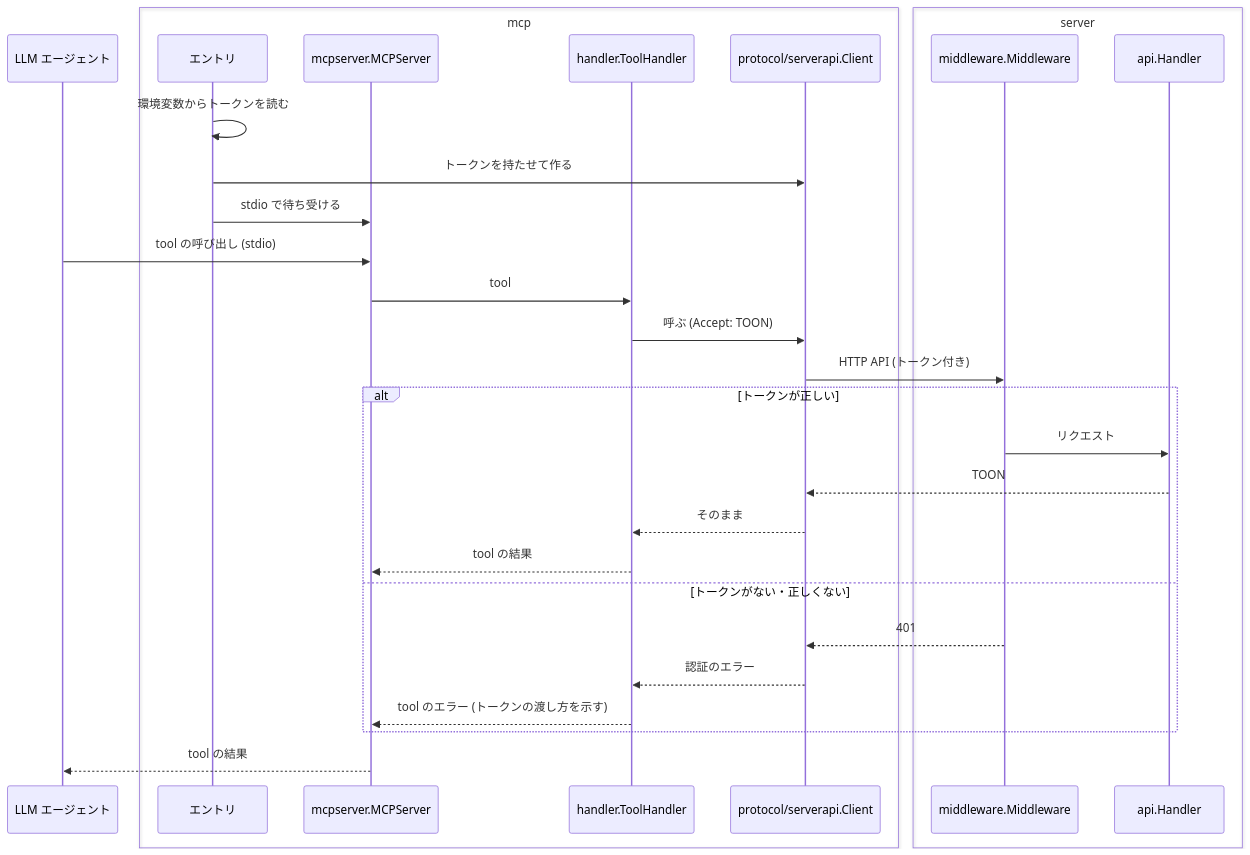
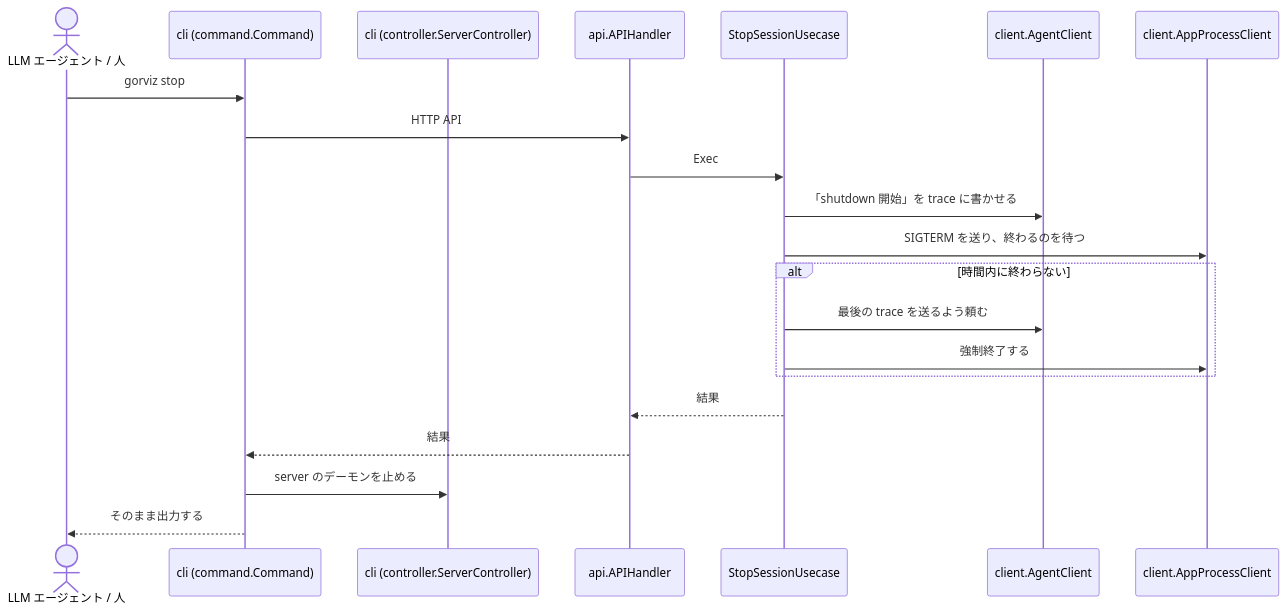
Before and after one commit to kakkky/gorviz: diagram 12 of 12 in docs/architecture.md, drawn with Mermaid. The commit also changed other lines of this file, not shown here.

Commit message:
docs: rework the architecture for the local tool with one gorviz binary holding the server and the cli, layer the agent injected into the app through an overlay, talk to it over one socket defined in agentsocket, and keep package names short with the details in type names

````diff
--- a/docs/architecture.md
+++ b/docs/architecture.md
@@ -480,33 +430,24 @@
 ```mermaid
 sequenceDiagram
-    participant L as LLM エージェント
-    box mcp
-        participant E as エントリ
-        participant D as mcpserver.MCPServer
-        participant P as handler.ToolHandler
-        participant C as protocol/serverapi.Client
+    actor L as LLM エージェント / 人
+    participant P as cli (command.Command)
+    participant DS as cli (controller.ServerController)
+    participant H as api.APIHandler
+    participant U as StopSessionUsecase
+    participant AG as client.AgentClient
+    participant AP as client.AppProcessClient
+
+    L->>P: gorviz stop
+    P->>H: HTTP API
+    H->>U: Exec
+    U->>AG: 「shutdown 開始」を trace に書かせる
+    U->>AP: SIGTERM を送り、終わるのを待つ
+    alt 時間内に終わらない
+        U->>AG: 最後の trace を送るよう頼む
+        U->>AP: 強制終了する
     end
-    box server
-        participant M as middleware.Middleware
-        participant S as api.Handler
-    end
-
-    E->>E: 環境変数からトークンを読む
-    E->>C: トークンを持たせて作る
-    E->>D: stdio で待ち受ける
-    L->>D: tool の呼び出し (stdio)
-    D->>P: tool
-    P->>C: 呼ぶ (Accept: TOON)
-    C->>M: HTTP API (トークン付き)
-    alt トークンが正しい
-        M->>S: リクエスト
-        S-->>C: TOON
-        C-->>P: そのまま
-        P-->>D: tool の結果
-    else トークンがない・正しくない
-        M-->>C: 401
-        C-->>P: 認証のエラー
-        P-->>D: tool のエラー (トークンの渡し方を示す)
-    end
-    D-->>L: tool の結果
+    U-->>H: 結果
+    H-->>P: 結果
+    P->>DS: server のデーモンを止める
+    P-->>L: そのまま出力する
 ```
````
